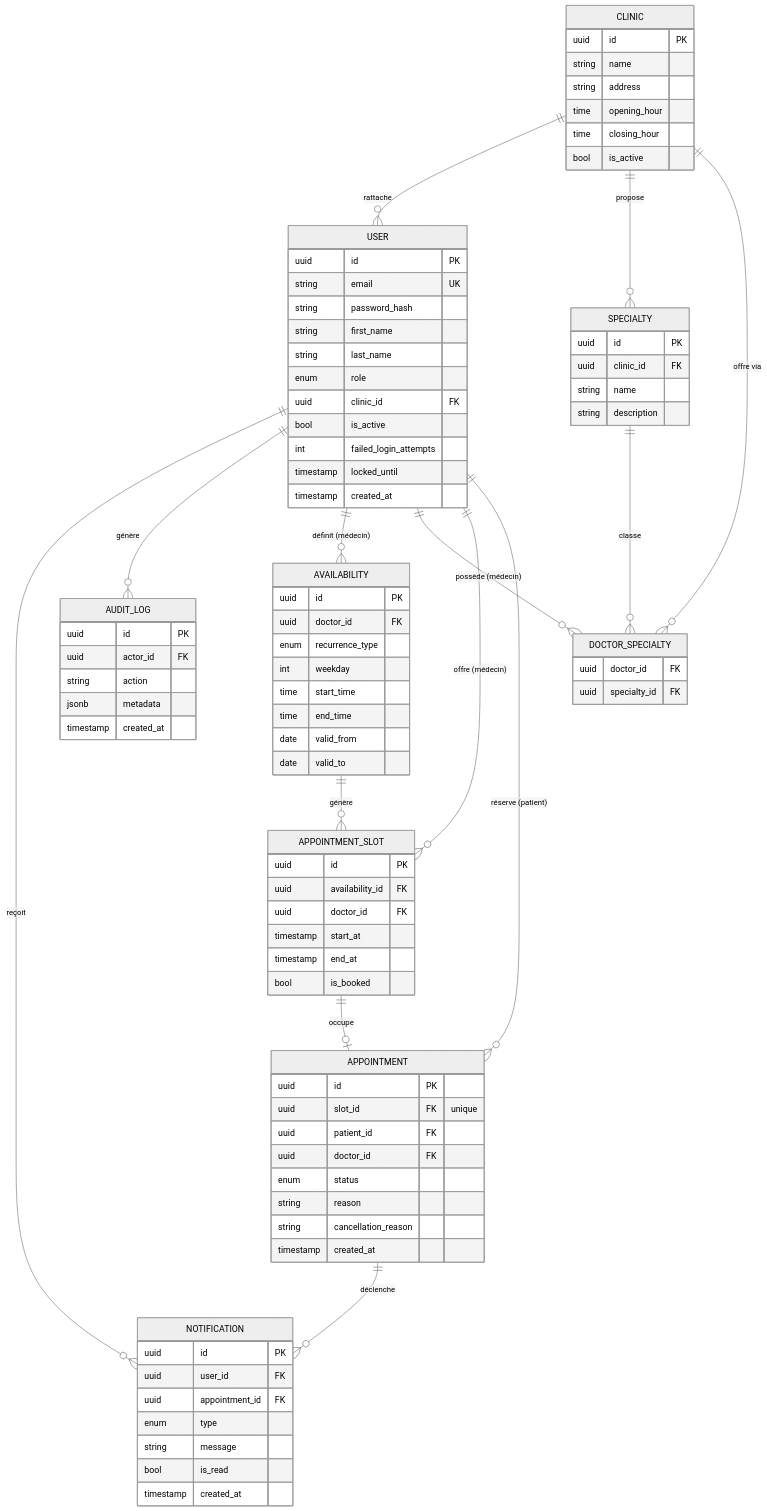
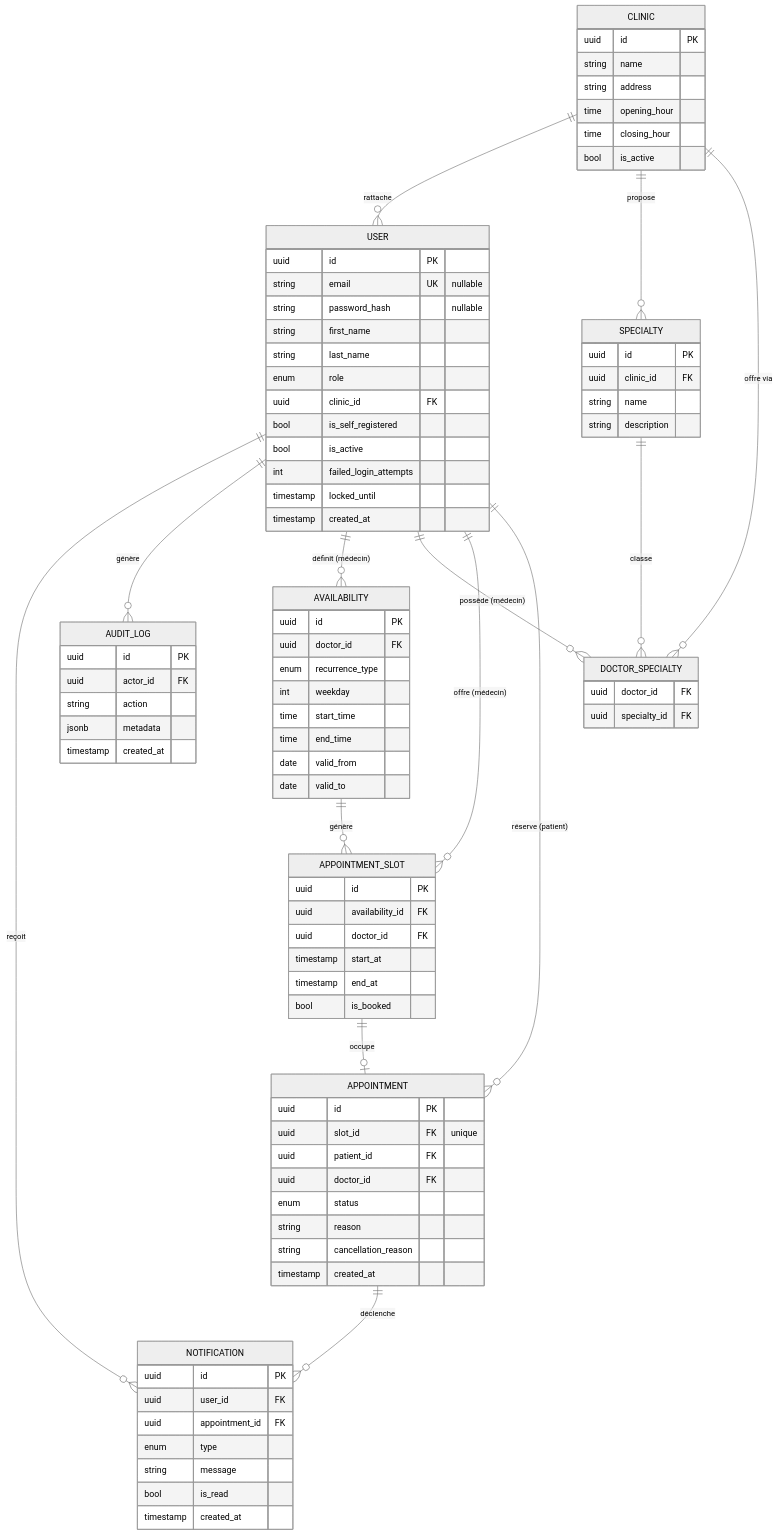
The diagram in docs/conception/images/mcd-erd.mmd (soultaka19/mediplan), drawn with Mermaid (neutral theme) before and after one commit. The commit also changed 18 other files, not shown here.

```diff
--- a/docs/conception/images/mcd-erd.mmd
+++ b/docs/conception/images/mcd-erd.mmd
@@ -1,90 +1,91 @@
 erDiagram
     USER ||--o{ NOTIFICATION : reçoit
     USER ||--o{ AUDIT_LOG : génère
     CLINIC ||--o{ USER : rattache
     CLINIC ||--o{ SPECIALTY : propose
     CLINIC ||--o{ DOCTOR_SPECIALTY : "offre via"
     USER ||--o{ AVAILABILITY : "définit (médecin)"
     USER ||--o{ DOCTOR_SPECIALTY : "possède (médecin)"
     SPECIALTY ||--o{ DOCTOR_SPECIALTY : classe
     AVAILABILITY ||--o{ APPOINTMENT_SLOT : génère
     USER ||--o{ APPOINTMENT_SLOT : "offre (médecin)"
     APPOINTMENT_SLOT ||--o| APPOINTMENT : occupe
     USER ||--o{ APPOINTMENT : "réserve (patient)"
     APPOINTMENT ||--o{ NOTIFICATION : déclenche
 
     USER {
         uuid id PK
-        string email UK
-        string password_hash
+        string email UK "nullable"
+        string password_hash "nullable"
         string first_name
         string last_name
         enum role
         uuid clinic_id FK
+        bool is_self_registered
         bool is_active
         int failed_login_attempts
         timestamp locked_until
         timestamp created_at
     }
     CLINIC {
         uuid id PK
         string name
         string address
         time opening_hour
         time closing_hour
         bool is_active
     }
     SPECIALTY {
         uuid id PK
         uuid clinic_id FK
         string name
         string description
     }
     DOCTOR_SPECIALTY {
         uuid doctor_id FK
         uuid specialty_id FK
     }
     AVAILABILITY {
         uuid id PK
         uuid doctor_id FK
         enum recurrence_type
         int weekday
         time start_time
         time end_time
         date valid_from
         date valid_to
     }
     APPOINTMENT_SLOT {
         uuid id PK
         uuid availability_id FK
         uuid doctor_id FK
         timestamp start_at
         timestamp end_at
         bool is_booked
     }
     APPOINTMENT {
         uuid id PK
         uuid slot_id FK "unique"
         uuid patient_id FK
         uuid doctor_id FK
         enum status
         string reason
         string cancellation_reason
         timestamp created_at
     }
     NOTIFICATION {
         uuid id PK
         uuid user_id FK
         uuid appointment_id FK
         enum type
         string message
         bool is_read
         timestamp created_at
     }
     AUDIT_LOG {
         uuid id PK
         uuid actor_id FK
         string action
         jsonb metadata
         timestamp created_at
     }
```
